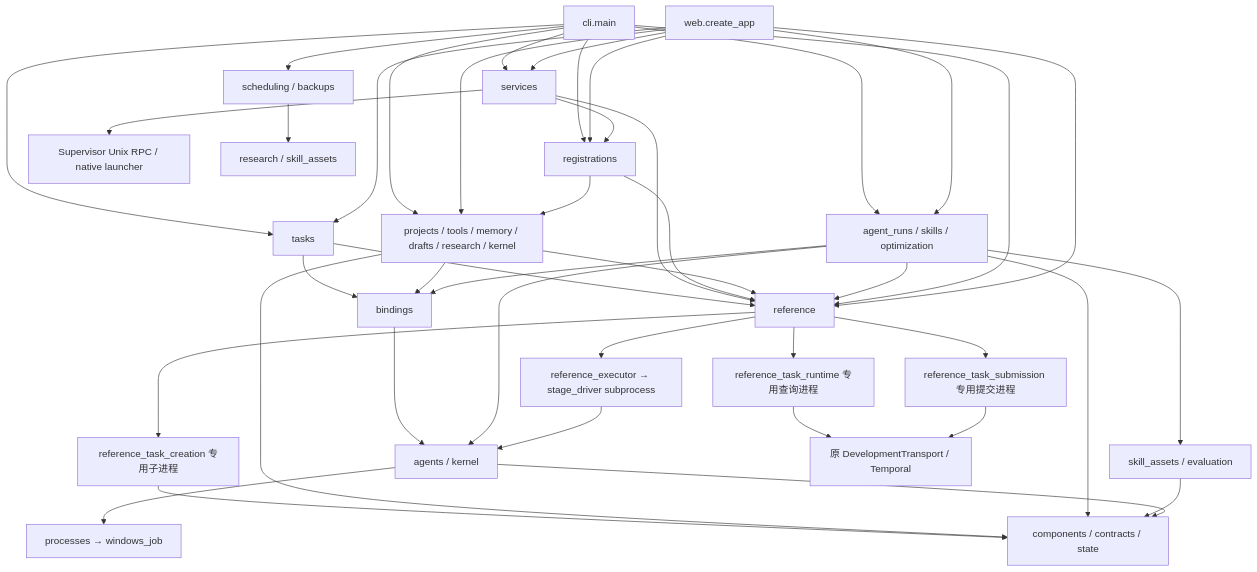
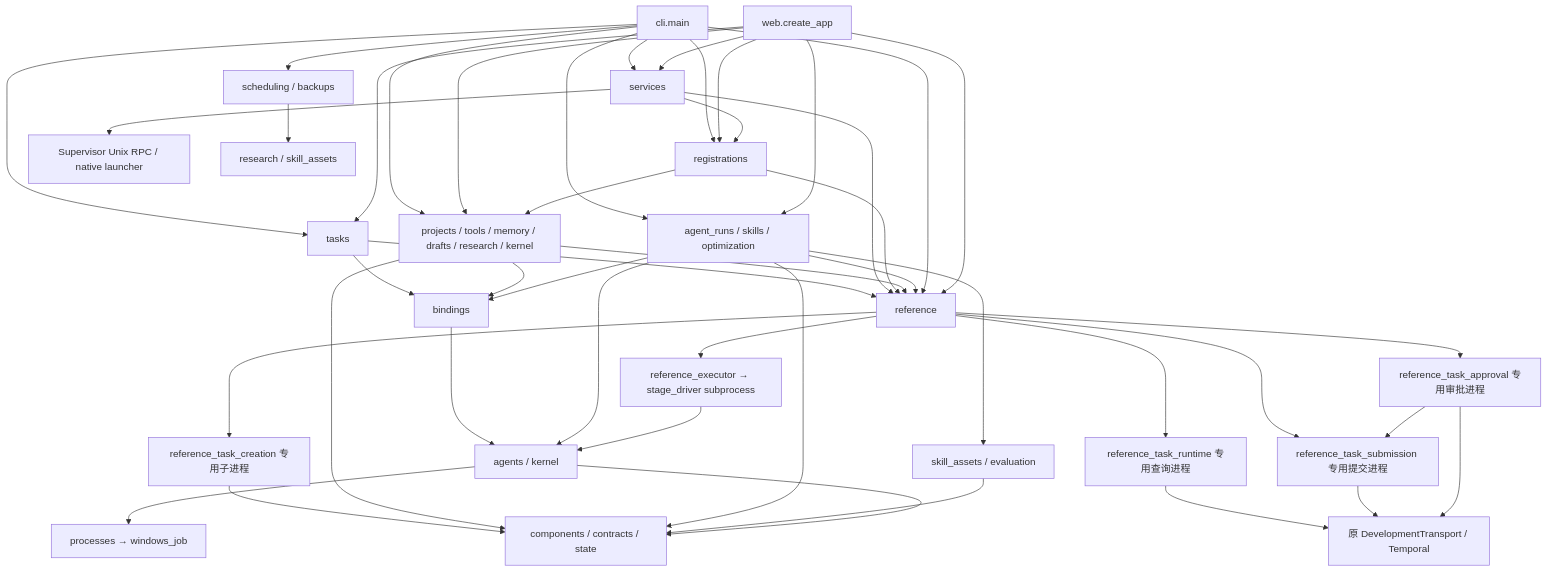
One commit to 626619403/Ergora changed the first of 4 diagrams in docs/architecture/current.md. Above: the diagram before and after it, drawn with Mermaid. The commit also changed other lines of this file and 19 other files, not shown here.

````diff
--- a/docs/architecture/current.md
+++ b/docs/architecture/current.md
@@ -9,44 +9,47 @@
 ```mermaid
 flowchart TB
   CLI[cli.main] --> Query[projects / tools / memory / drafts / research / kernel]
   Web[web.create_app] --> Query
   CLI --> Registration[registrations]
   Web --> Registration
   Registration --> Query
   CLI --> Services[services]
   Web --> Services
   CLI --> Tasks[tasks]
   Web --> Tasks
   Tasks --> Bindings
   Tasks --> Ref
   Services --> Registration
   Services --> Ref
   Services --> Supervisor[Supervisor Unix RPC / native launcher]
   Registration --> Ref
   CLI --> Uses[agent_runs / skills / optimization]
   Web --> Uses
   Uses --> Assets[skill_assets / evaluation]
   Query --> Bindings[bindings]
   Uses --> Bindings
   Bindings --> Native[agents / kernel]
   Uses --> Native
   Native --> Processes[processes → windows_job]
   CLI --> Optional[scheduling / backups]
   Optional --> Research[research / skill_assets]
   Query --> Ref[reference]
   Uses --> Ref
   CLI --> Ref
   Web --> Ref
   Ref --> Creation[reference_task_creation 专用子进程]
   Creation --> Foundations
   Ref --> RuntimeQuery[reference_task_runtime 专用查询进程]
   RuntimeQuery --> Temporal[原 DevelopmentTransport / Temporal]
   Ref --> Submission[reference_task_submission 专用提交进程]
   Submission --> Temporal
+  Ref --> Approval[reference_task_approval 专用审批进程]
+  Approval --> Submission
+  Approval --> Temporal
   Ref --> Bridge[reference_executor → stage_driver subprocess]
   Bridge --> Native
   Query --> Foundations[components / contracts / state]
   Uses --> Foundations
   Assets --> Foundations
   Native --> Foundations
 ```
````
